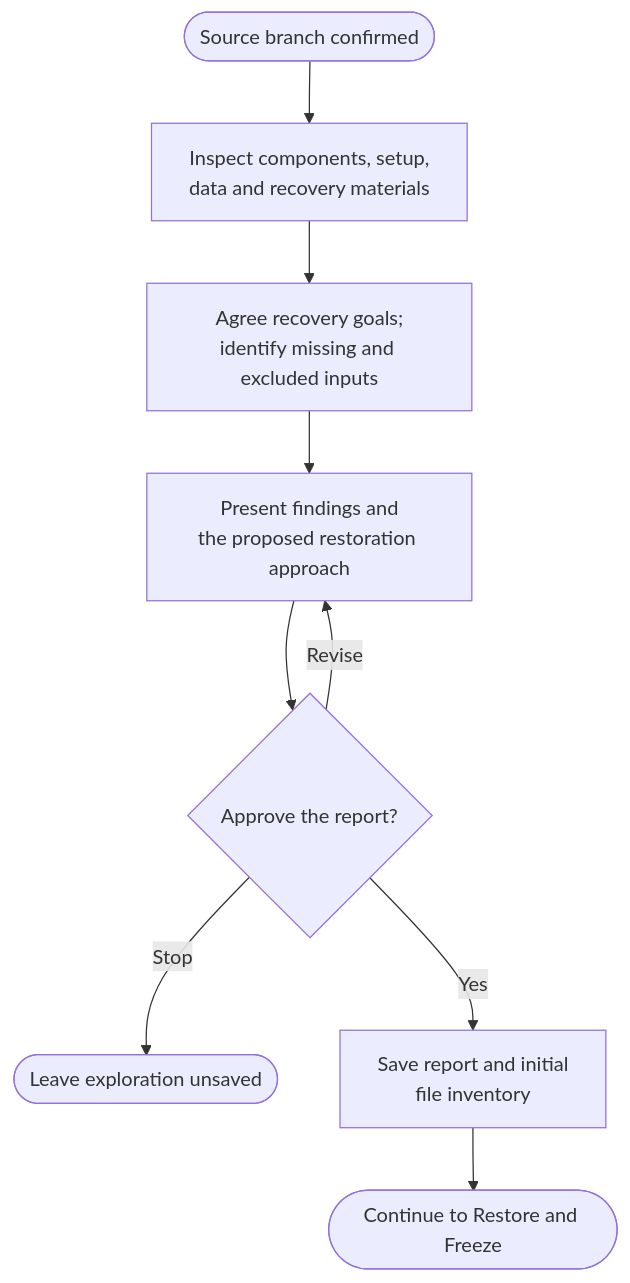
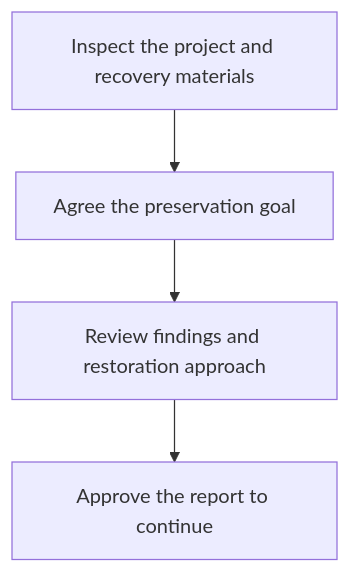
One commit to myowinthein/agent-helm changed the diagram in docs/commands/archive/1-explore.md. Above: the diagram before and after it, drawn with Mermaid. The commit also changed other lines of this file and 20 other files, not shown here.

````diff
--- a/docs/commands/archive/1-explore.md
+++ b/docs/commands/archive/1-explore.md
@@ -15,11 +15,6 @@
 ```mermaid
 flowchart TD
-  Start(["Source branch confirmed"]) --> Inventory["Inspect components, setup,<br/>data and recovery materials"]
-  Inventory --> Scope["Agree recovery goals;<br/>identify missing and excluded inputs"]
-  Scope --> Report["Present findings and<br/>the proposed restoration approach"]
-  Report --> Approval{"Approve the report?"}
-  Approval -->|Revise| Report
-  Approval -->|Stop| End(["Leave exploration unsaved"])
-  Approval -->|Yes| Save["Save report and initial<br/>file inventory"]
-  Save --> Next(["Continue to Restore and Freeze"])
+  Inspect["Inspect the project and recovery materials"] --> Goal["Agree the preservation goal"]
+  Goal --> Review["Review findings and restoration approach"]
+  Review --> Next["Approve the report to continue"]
 ```
````
